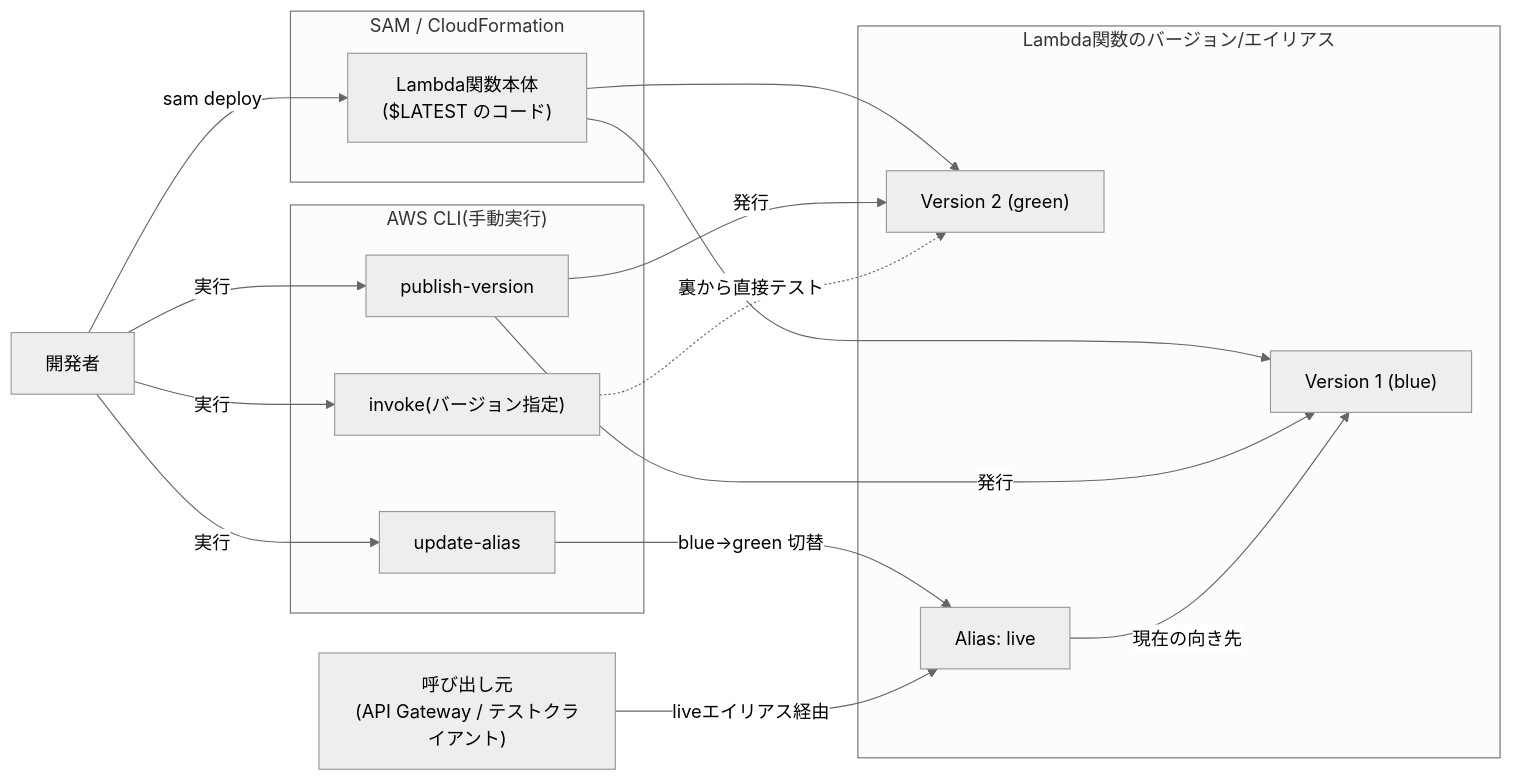
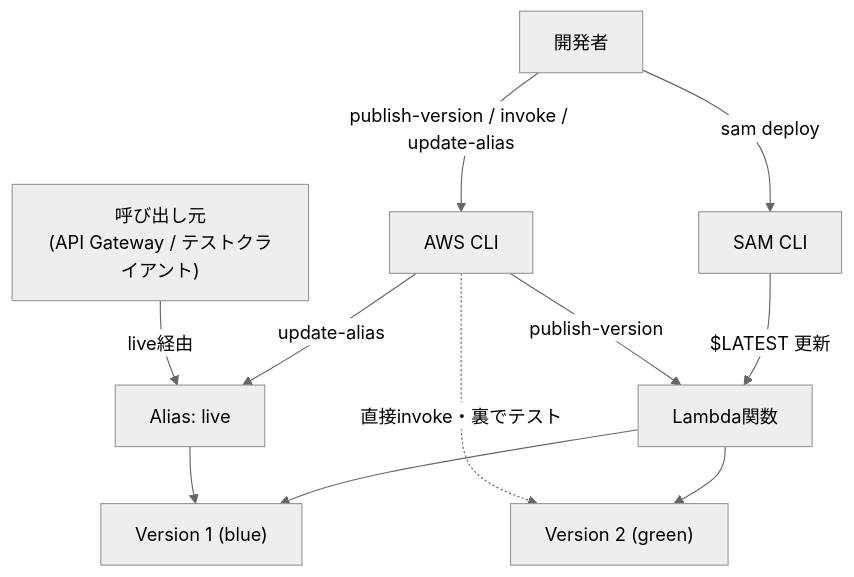
The first of 4 diagrams in docs/PLAN.md (takyafumin/aws-lambada-blue-green-deploy), drawn with Mermaid (neutral theme) before and after one commit. The commit also changed other lines of this file, not shown here.

Commit message:
Mermaid図を見やすく整理(subgraph廃止、TD方向に変更)
システム構成図のsubgraphによるネストを廃止し、矢印の交差を減らした
TD方向のフローチャートに変更。切替前後のイメージ図もTD方向に統一した。

````diff
--- a/docs/PLAN.md
+++ b/docs/PLAN.md
@@ -56,35 +56,19 @@
 ```mermaid
-flowchart LR
+flowchart TD
     Dev["開発者"]
-
-    subgraph IaC["SAM / CloudFormation"]
-        FN["Lambda関数本体<br/>($LATEST のコード)"]
-    end
-
-    subgraph CLIBox["AWS CLI(手動実行)"]
-        PV["publish-version"]
-        INV["invoke(バージョン指定)"]
-        UA["update-alias"]
-    end
-
-    subgraph LambdaBox["Lambda関数のバージョン/エイリアス"]
-        V1["Version 1 (blue)"]
-        V2["Version 2 (green)"]
-        ALIAS["Alias: live"]
-    end
-
     Caller["呼び出し元<br/>(API Gateway / テストクライアント)"]
 
-    Dev -->|"sam deploy"| FN
-    FN --> V1
-    FN --> V2
-    Dev -->|実行| PV
-    PV -->|"発行"| V1
-    PV -->|"発行"| V2
-    Dev -->|実行| INV
-    INV -. "裏から直接テスト" .-> V2
-    Dev -->|実行| UA
-    UA -->|"blue→green 切替"| ALIAS
-    ALIAS -->|"現在の向き先"| V1
-    Caller -->|"liveエイリアス経由"| ALIAS
+    Dev -->|"sam deploy"| SAM["SAM CLI"]
+    Dev -->|"publish-version / invoke / update-alias"| CLI["AWS CLI"]
+
+    SAM -->|"$LATEST 更新"| FN["Lambda関数"]
+    CLI -->|"publish-version"| FN
+    FN --> V1["Version 1 (blue)"]
+    FN --> V2["Version 2 (green)"]
+
+    CLI -. "直接invoke・裏でテスト" .-> V2
+    CLI -->|"update-alias"| ALIAS["Alias: live"]
+    ALIAS --> V1
+
+    Caller -->|"live経由"| ALIAS
 ```
````
